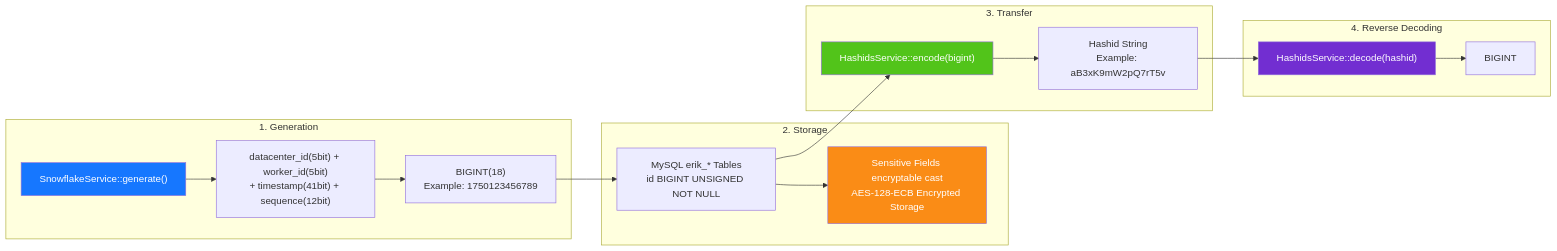
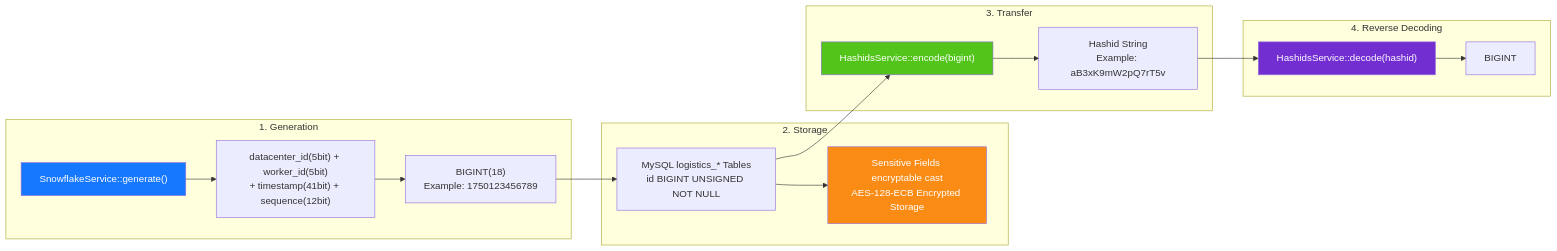
Before and after one commit to erikwang2013/integrated-global-logistics: the diagram in admin/docs/diagrams/06-id-lifecycle.en.md, drawn with Mermaid. The commit also changed 211 other files, not shown here.

````diff
--- a/admin/docs/diagrams/06-id-lifecycle.en.md
+++ b/admin/docs/diagrams/06-id-lifecycle.en.md
@@ -7,32 +7,32 @@
 ```mermaid
 flowchart LR
     subgraph gen["1. Generation"]
         g1["SnowflakeService::generate()"]
         g2["datacenter_id(5bit) + worker_id(5bit)<br/>+ timestamp(41bit) + sequence(12bit)"]
         g3["BIGINT(18)<br/>Example: 1750123456789"]
         g1 --> g2 --> g3
     end
 
     subgraph store["2. Storage"]
-        s1["MySQL erik_* Tables<br/>id BIGINT UNSIGNED NOT NULL"]
+        s1["MySQL logistics_* Tables<br/>id BIGINT UNSIGNED NOT NULL"]
         s2["Sensitive Fields encryptable cast<br/>AES-128-ECB Encrypted Storage"]
         g3 --> s1 --> s2
     end
 
     subgraph transfer["3. Transfer"]
         t1["HashidsService::encode(bigint)"]
         t2["Hashid String<br/>Example: aB3xK9mW2pQ7rT5v"]
         s1 --> t1 --> t2
     end
 
     subgraph reverse["4. Reverse Decoding"]
         r1["HashidsService::decode(hashid)"]
         r2["BIGINT"]
         t2 --> r1 --> r2
     end
 
     style g1 fill:#1677FF,color:#fff
     style s2 fill:#FA8C16,color:#fff
     style t1 fill:#52C41A,color:#fff
     style r1 fill:#722ED1,color:#fff
 ```
````
